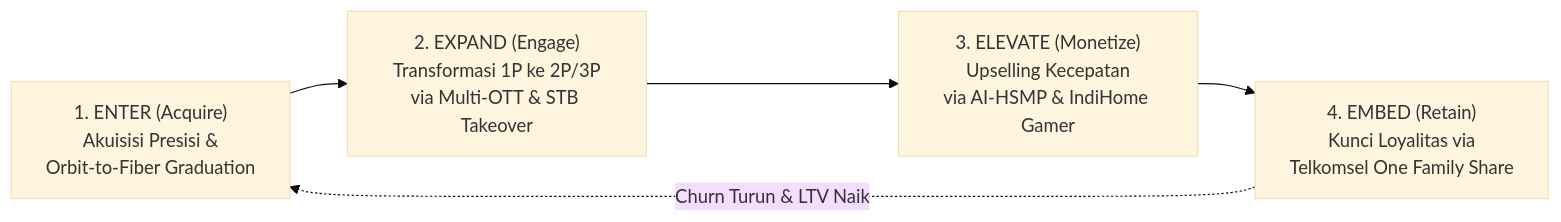
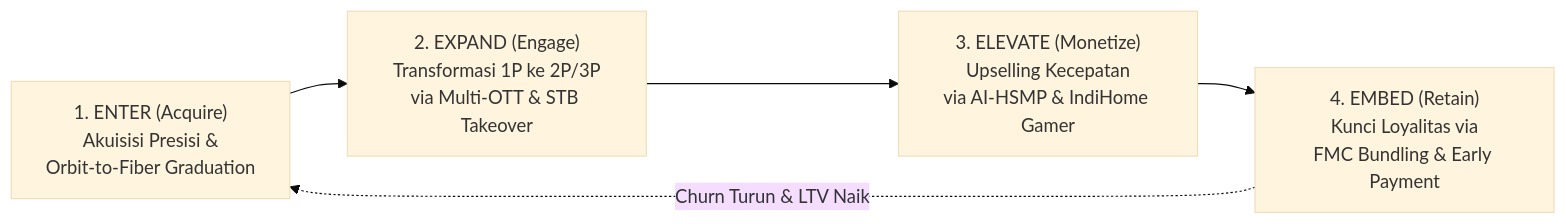
One commit to brenandapamudya1/DWDG-Minicase changed the fourth of 4 diagrams in report/Proposed_Solution.md. Above: the diagram before and after it, drawn with Mermaid (base theme). The commit also changed other lines of this file and 3 other files, not shown here.

Commit message:
adjusting proposed solutin: move eznet & telkomsel-one to risk & mitigation

````diff
--- a/report/Proposed_Solution.md
+++ b/report/Proposed_Solution.md
@@ -131,7 +133,7 @@
 ```mermaid
 flowchart LR
     E1["1. ENTER (Acquire)<br/>Akuisisi Presisi &<br/>Orbit-to-Fiber Graduation"] --> E2["2. EXPAND (Engage)<br/>Transformasi 1P ke 2P/3P<br/>via Multi-OTT & STB Takeover"]
     E2 --> E3["3. ELEVATE (Monetize)<br/>Upselling Kecepatan<br/>via AI-HSMP & IndiHome Gamer"]
-    E3 --> E4["4. EMBED (Retain)<br/>Kunci Loyalitas via<br/>Telkomsel One Family Share"]
+    E3 --> E4["4. EMBED (Retain)<br/>Kunci Loyalitas via<br/>FMC Bundling & Early Payment"]
     E4 -.->|Churn Turun & LTV Naik| E1
 ```
````
